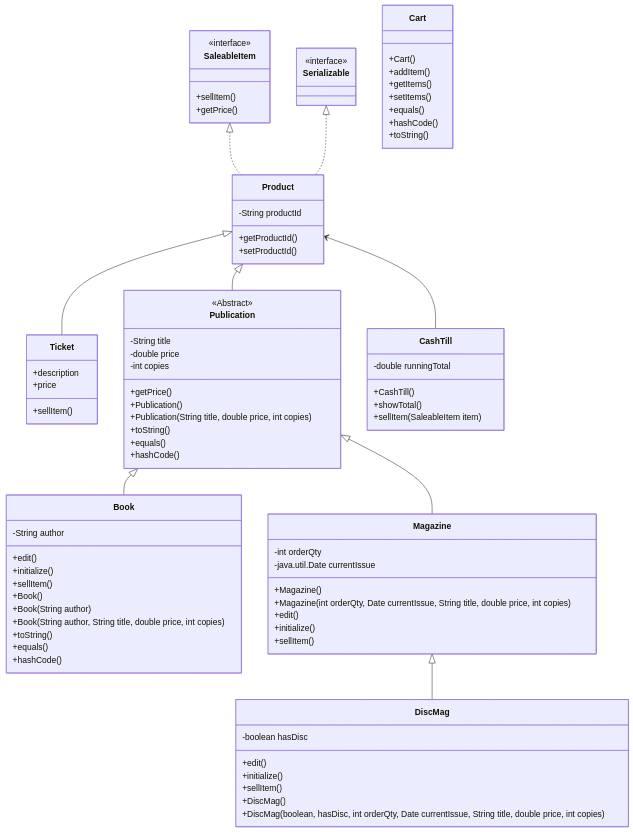
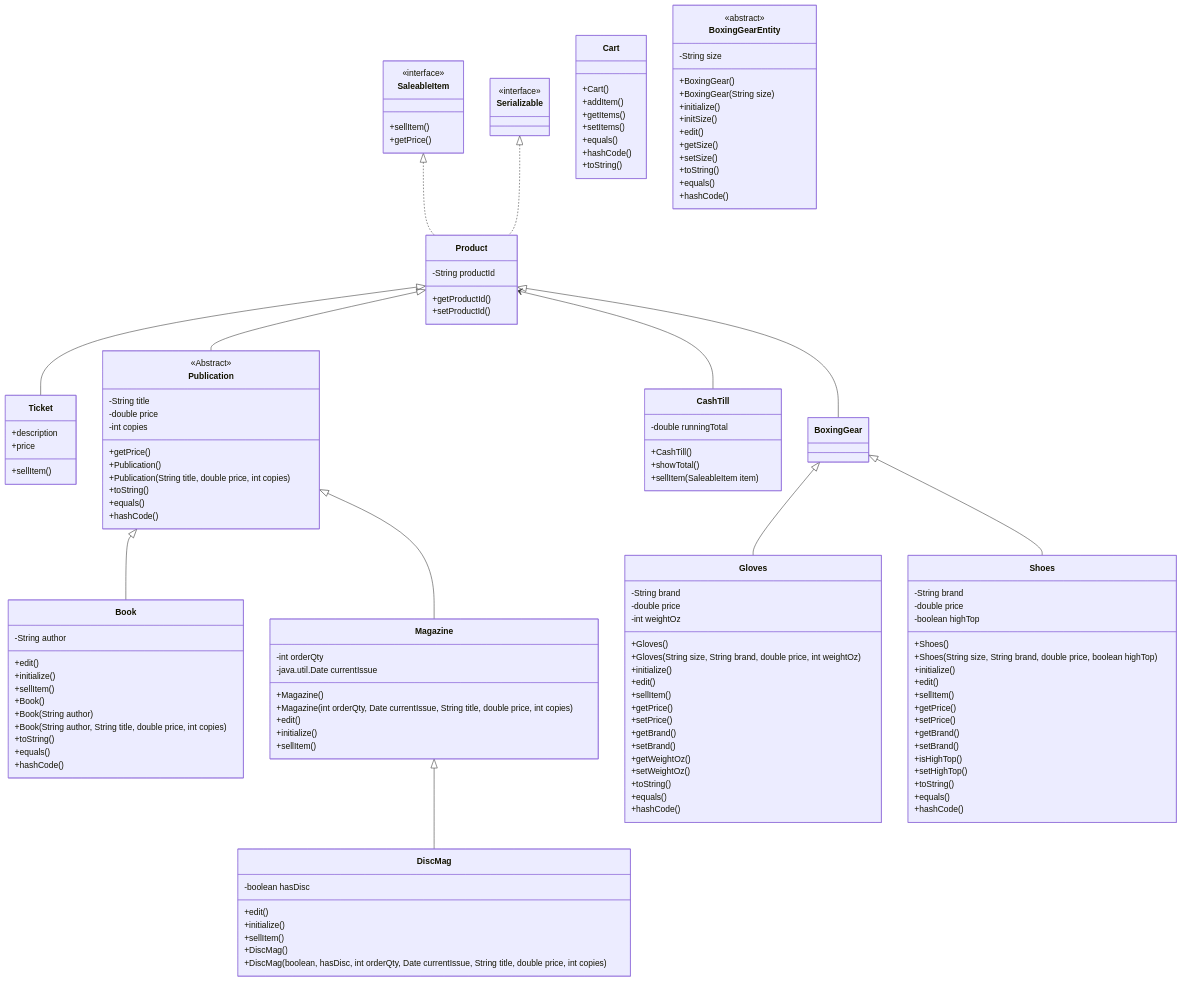
Before and after one commit to Brent705/csd230_w26.lab1.BrentMurray: the diagram in documentation/bookstore.f25-2025-11-17-211001.mmd, drawn with Mermaid. The commit also changed 11 other files, not shown here.

```diff
--- a/documentation/bookstore.f25-2025-11-17-211001.mmd
+++ b/documentation/bookstore.f25-2025-11-17-211001.mmd
@@ -1,94 +1,149 @@
 classDiagram
     Product <|--Ticket
     Product <|--Publication
     Publication <|-- Book
     Publication <|-- Magazine
     Magazine <|-- DiscMag
     SaleableItem <|.. Product
     Serializable <|.. Product
     Product <-- CashTill
+    Product <|--BoxingGear
+    BoxingGear <|--Gloves
+    BoxingGear <|--Shoes
 
     class Product{
         -String productId
         +getProductId()
         +setProductId()
     }
 
     class Serializable{
         <<interface>>
     }
     class Ticket{
         +description
         +price
         +sellItem()
     }
     class Publication{
         <<Abstract>>
         -String title
         -double price
         -int copies
         +getPrice()
 
         +Publication()
         +Publication(String title, double price, int copies)
         +toString()
         +equals()
         +hashCode()
 
     }
     class Book{
         -String author
         +edit()
         +initialize()
         +sellItem()
 
         +Book()
         +Book(String author)
         +Book(String author, String title, double price, int copies)
         +toString()
         +equals()
         +hashCode()
 
     }
     class Magazine{
         -int orderQty
         -java.util.Date currentIssue
 
         +Magazine()
         +Magazine(int orderQty, Date currentIssue, String title, double price, int copies)
 
         +edit()
         +initialize()
         +sellItem()
     }
     class DiscMag{
         -boolean hasDisc
         +edit()
         +initialize()
         +sellItem()
 
         +DiscMag()
         +DiscMag(boolean, hasDisc, int orderQty, Date currentIssue, String title, double price, int copies)
 
     }
     class CashTill{
         -double runningTotal
         +CashTill()
         +showTotal()
         +sellItem(SaleableItem item)
     }
     class SaleableItem {
         <<interface>>
         +sellItem()
         +getPrice()
 
     }
     class Cart {
         +Cart()
         +addItem()
         +getItems()
         +setItems()
         +equals()
         +hashCode()
         +toString()
     }
+    class BoxingGearEntity {
+        <<abstract>>
+        -String size
+        +BoxingGear()
+        +BoxingGear(String size)
+        +initialize()
+        +initSize()
+        +edit()
+        +getSize()
+        +setSize()
+        +toString()
+        +equals()
+        +hashCode()
+    }
+    class Gloves {
+        -String brand
+        -double price
+        -int weightOz
+        +Gloves()
+        +Gloves(String size, String brand, double price, int weightOz)
+        +initialize()
+        +edit()
+        +sellItem()
+        +getPrice()
+        +setPrice()
+        +getBrand()
+        +setBrand()
+        +getWeightOz()
+        +setWeightOz()
+        +toString()
+        +equals()
+        +hashCode()
+    }
+    class Shoes {
+        -String brand
+        -double price
+        -boolean highTop
+        +Shoes()
+        +Shoes(String size, String brand, double price, boolean highTop)
+        +initialize()
+        +edit()
+        +sellItem()
+        +getPrice()
+        +setPrice()
+        +getBrand()
+        +setBrand()
+        +isHighTop()
+        +setHighTop()
+        +toString()
+        +equals()
+        +hashCode()
+    }
```
